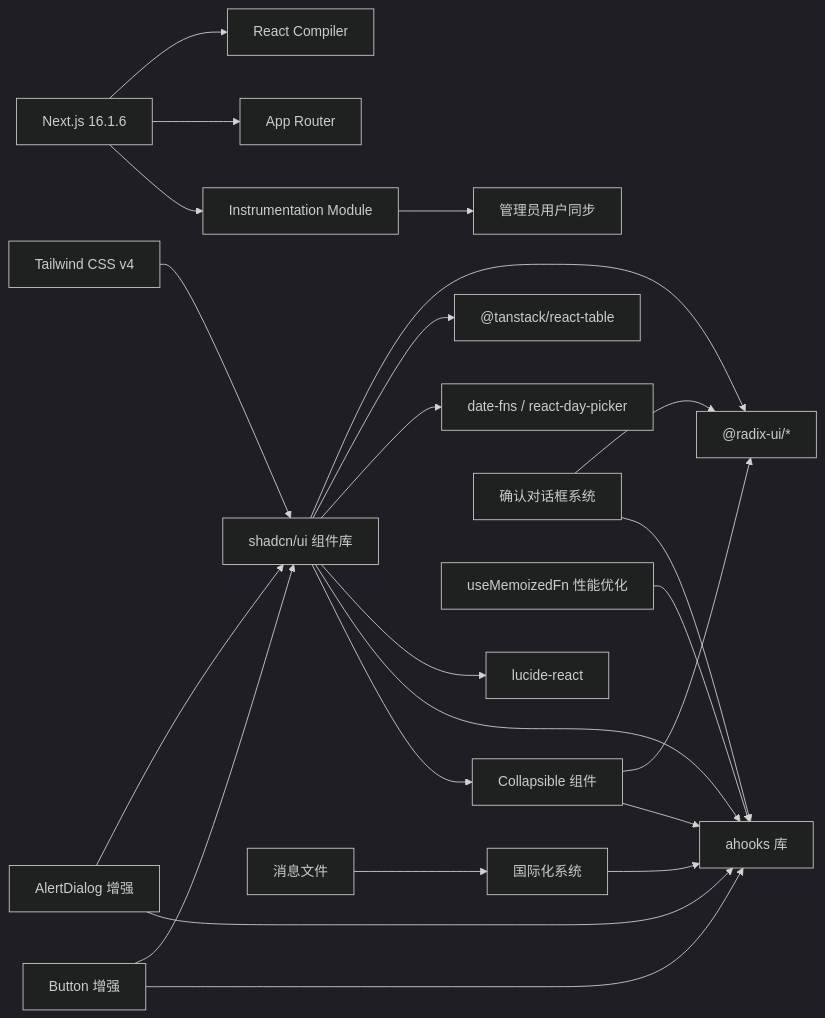
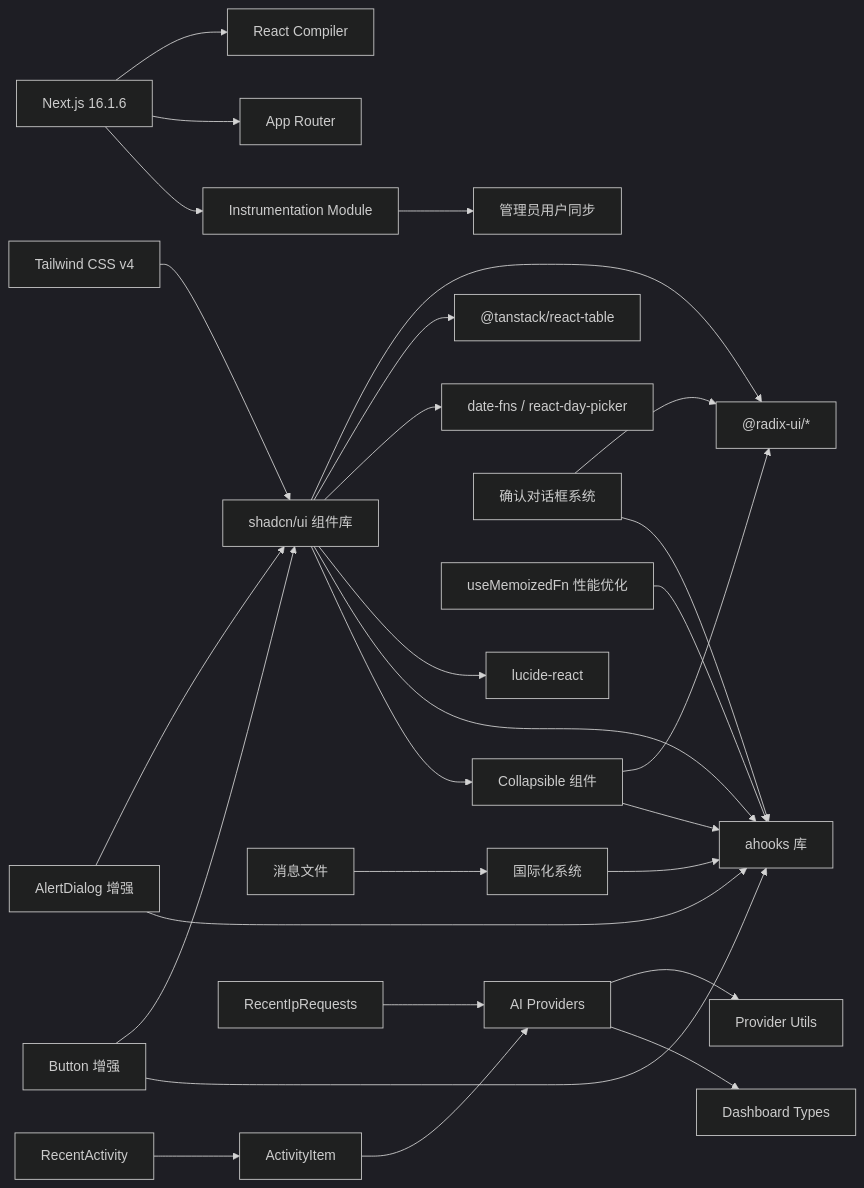
Before and after one commit to RadiumAg/AIGate: the ninth of 9 diagrams in .qoder/repowiki/zh/content/前端组件/前端组件.md, drawn with Mermaid (dark theme). The commit also changed other lines of this file and 3 other files, not shown here.

````diff
--- a/.qoder/repowiki/zh/content/前端组件/前端组件.md
+++ b/.qoder/repowiki/zh/content/前端组件/前端组件.md
@@ -734,25 +846,30 @@
 ```mermaid
 graph LR
 N["Next.js 16.1.6"] --> R["React Compiler"]
 N --> APP["App Router"]
 N --> INST["Instrumentation Module"]
 TW["Tailwind CSS v4"] --> UI["shadcn/ui 组件库"]
 UI --> RADIX["@radix-ui/*"]
 UI --> TABLE["@tanstack/react-table"]
 UI --> DATE["date-fns / react-day-picker"]
 UI --> ICON["lucide-react"]
 UI --> AH["ahooks 库"]
 UI --> COLL["@radix-ui/react-collapsible"]
 CONF["确认对话框系统"] --> RADIX
 CONF --> AH
 ALERT["AlertDialog 增强"] --> UI
 ALERT --> AH
 BUTTON["Button 增强"] --> UI
 BUTTON --> AH
 COLL["Collapsible 组件"] --> RADIX
 COLL --> AH
 UMF["useMemoizedFn 性能优化"] --> AH
 I18N["国际化系统"] --> AH
 INST --> INIT["管理员用户同步"]
 MSG["消息文件"] --> I18N
+AP["AI Providers"] --> PU["Provider Utils"]
+AP --> DT["Dashboard Types"]
+AI["ActivityItem"] --> AP
+RIR["RecentIpRequests"] --> AP
+RA["RecentActivity"] --> AI
 ```
````
